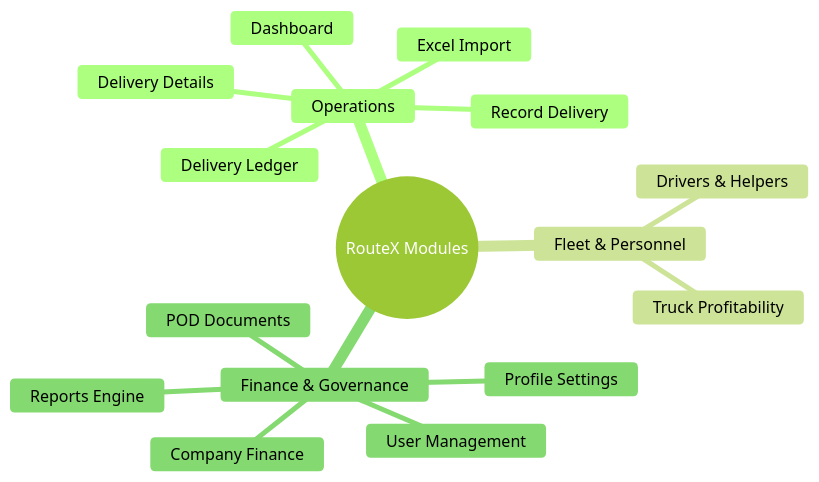
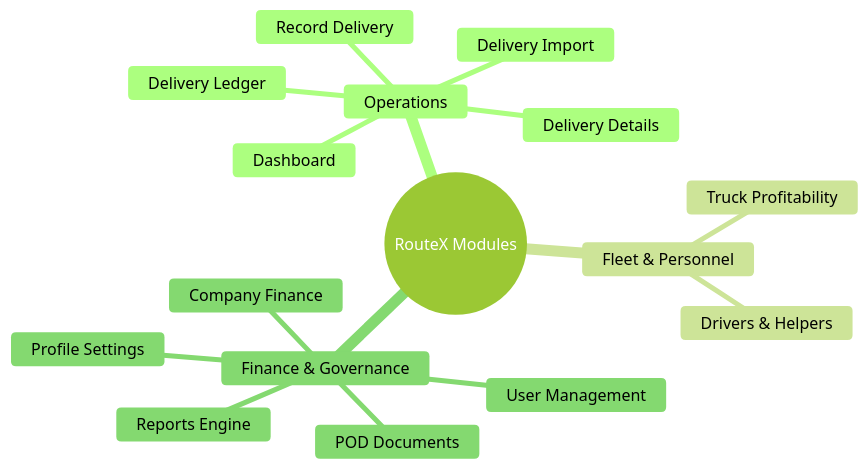
The diagram in rrliRev/docs/knowledge-base/04-system-modules.md (naurcel/rrli), drawn with Mermaid (forest theme) before and after one commit. The commit also changed other lines of this file and 59 other files, not shown here.

````diff
--- a/rrliRev/docs/knowledge-base/04-system-modules.md
+++ b/rrliRev/docs/knowledge-base/04-system-modules.md
@@ -14,19 +15,19 @@
 ```mermaid
 mindmap
   root((RouteX Modules))
     Operations
       Dashboard
       Delivery Ledger
       Delivery Details
       Record Delivery
-      Excel Import
+      Delivery Import
     Fleet & Personnel
       Drivers & Helpers
       Truck Profitability
     Finance & Governance
       Company Finance
       POD Documents
       Reports Engine
       User Management
       Profile Settings
 ```
````
